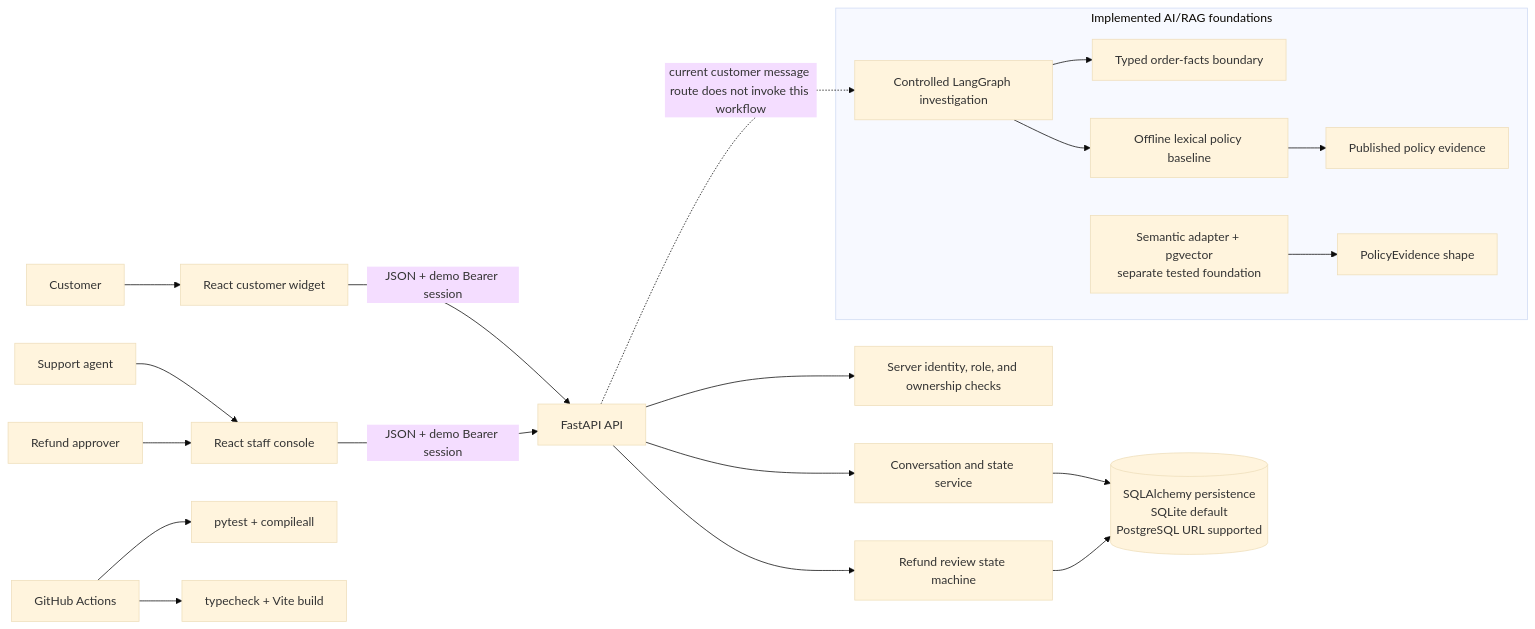
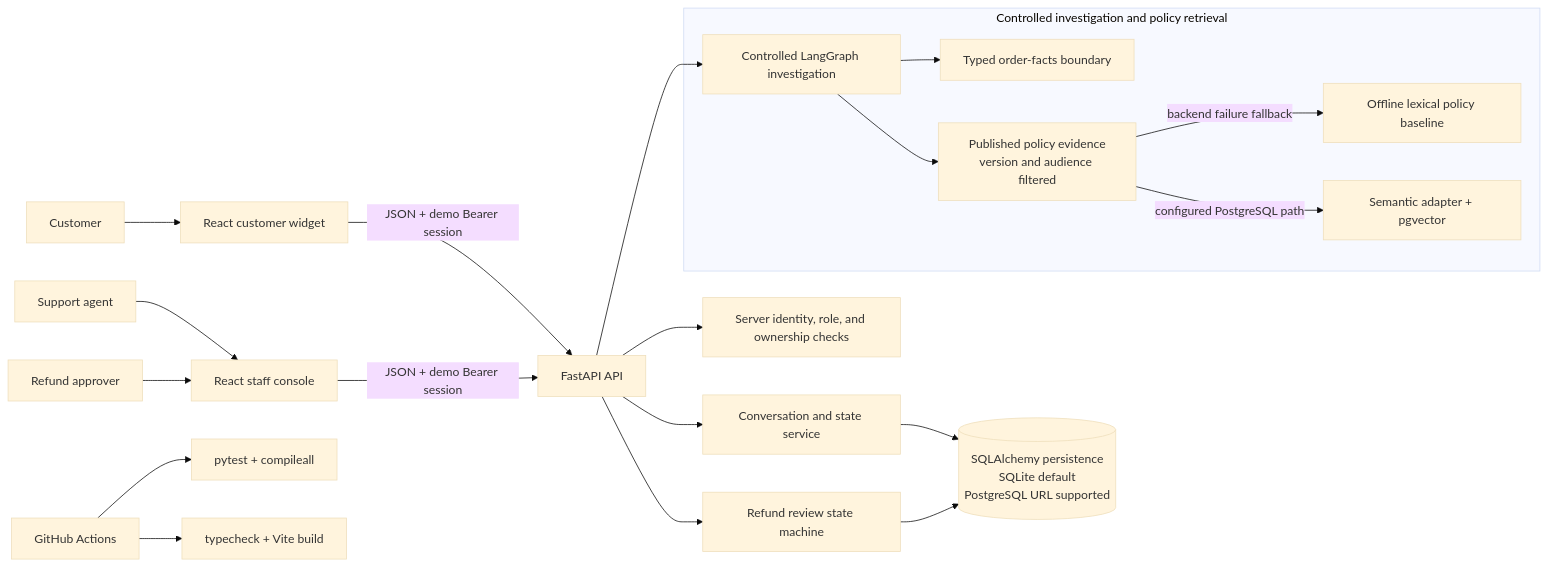
One commit to emam26/Resolve.AI changed the diagram in README.md. Above: the diagram before and after it, drawn with Mermaid (base theme). The commit also changed other lines of this file and 3 other files, not shown here.

````diff
--- a/README.md
+++ b/README.md
@@ -48,32 +48,31 @@
 ```mermaid
 flowchart LR
     Customer[Customer] --> Widget[React customer widget]
     Staff[Support agent] --> Console[React staff console]
     Approver[Refund approver] --> Console
 
     Widget -->|JSON + demo Bearer session| API[FastAPI API]
     Console -->|JSON + demo Bearer session| API
 
     API --> Auth[Server identity, role, and ownership checks]
     API --> Conversations[Conversation and state service]
     API --> Refunds[Refund review state machine]
     Conversations --> Store[(SQLAlchemy persistence<br/>SQLite default<br/>PostgreSQL URL supported)]
     Refunds --> Store
 
-    subgraph AI[Implemented AI/RAG foundations]
+    subgraph AI[Controlled investigation and policy retrieval]
         Workflow[Controlled LangGraph investigation]
         Facts[Typed order-facts boundary]
         Lexical[Offline lexical policy baseline]
-        Semantic[Semantic adapter + pgvector<br/>separate tested foundation]
-        Evidence[Published policy evidence]
-        SemanticEvidence[PolicyEvidence shape]
+        Semantic[Semantic adapter + pgvector]
+        Evidence[Published policy evidence<br/>version and audience filtered]
         Workflow --> Facts
-        Workflow --> Lexical
-        Lexical --> Evidence
-        Semantic --> SemanticEvidence
+        Workflow --> Evidence
+        Evidence -->|configured PostgreSQL path| Semantic
+        Evidence -->|backend failure fallback| Lexical
     end
 
-    API -. current customer message route does not invoke this workflow .-> Workflow
+    API --> Workflow
     CI[GitHub Actions] --> BackendChecks[pytest + compileall]
     CI --> FrontendChecks[typecheck + Vite build]
 ```
````
